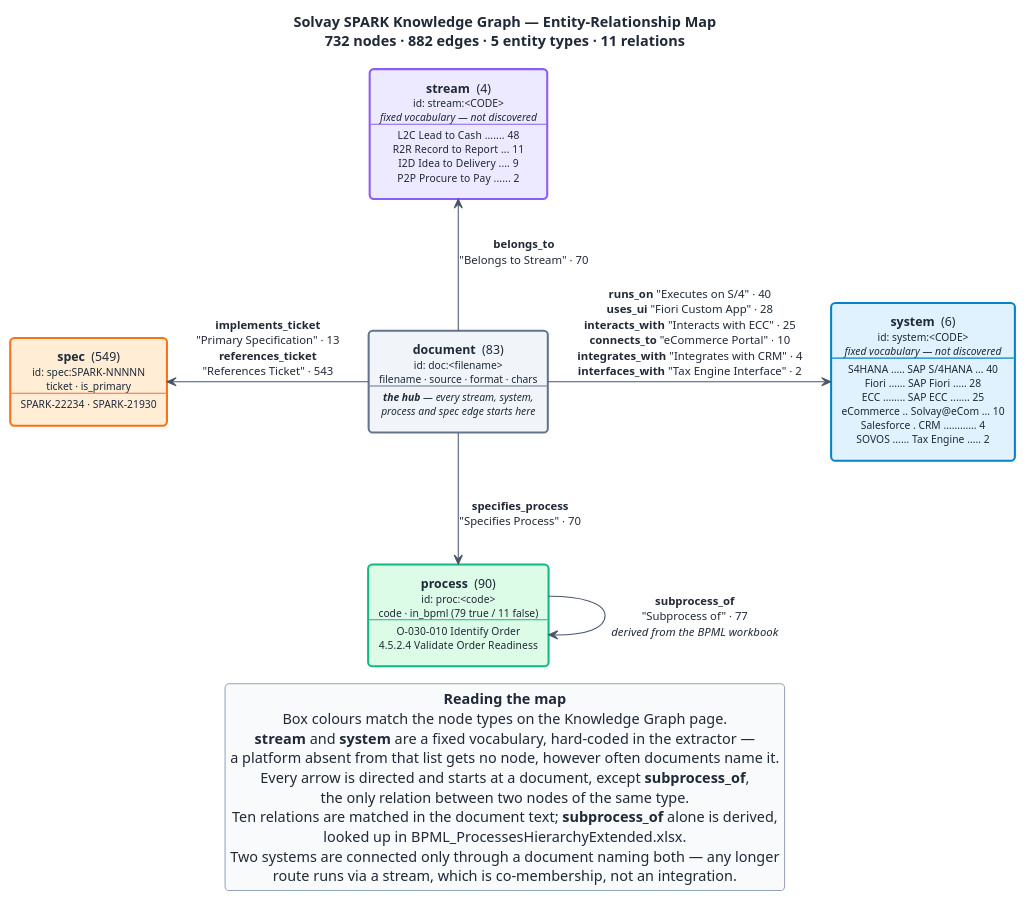
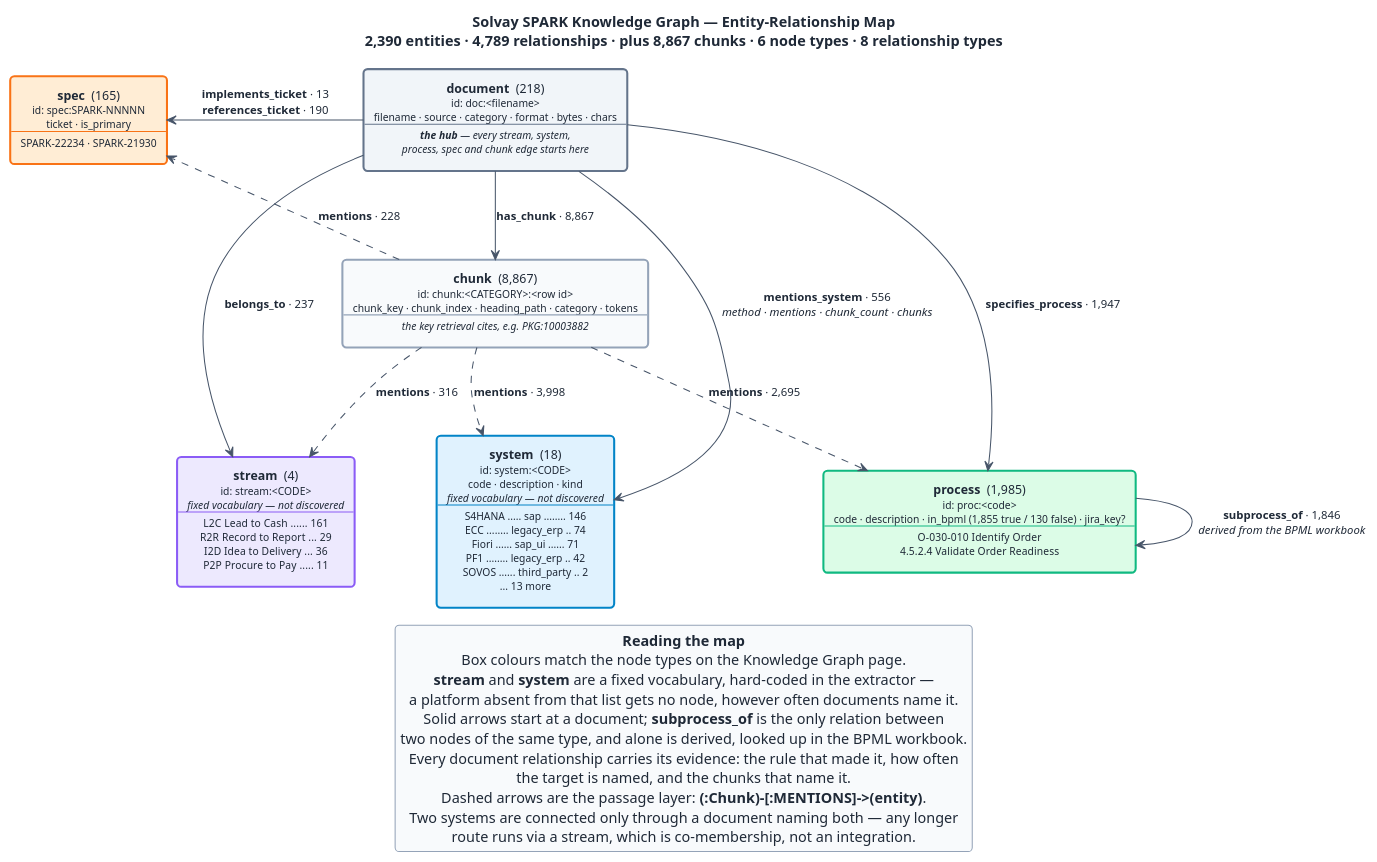
One commit to spalanivelu1989/docling-studio changed the diagram in docs/kg-entity-relationships.puml. Above: the diagram before and after it, drawn with PlantUML. The commit also changed 123 other files, not shown here.

```diff
--- a/docs/kg-entity-relationships.puml
+++ b/docs/kg-entity-relationships.puml
@@ -1,58 +1,67 @@
 @startuml kg-entity-relationships
-title Solvay SPARK Knowledge Graph — Entity–Relationship Map\n732 nodes · 882 edges · 5 entity types · 11 relations
+title Solvay SPARK Knowledge Graph — Entity–Relationship Map\n2,390 entities · 4,789 relationships · plus 8,867 chunks · 6 node types · 8 relationship types
 
 skinparam backgroundColor #FFFFFF
 skinparam defaultTextAlignment center
 skinparam defaultFontColor #1F2937
 skinparam shadowing false
 skinparam roundcorner 8
 skinparam nodesep 55
 skinparam ranksep 70
 skinparam ArrowColor #475569
 skinparam ArrowFontColor #1F2937
 skinparam ArrowFontSize 11
 skinparam rectangle {
   FontSize 12
   FontColor #1F2937
 }
 skinparam legend {
   BorderColor #94A3B8
   BackgroundColor #F8FAFC
   FontColor #1F2937
 }
 
 ' Fills are the type colours used in the Knowledge Graph page, lightened so all
 ' text stays dark on a pale ground; the border carries the full-strength colour.
 
 ' --- the fixed, hard-coded vocabulary -------------------------------------
-rectangle "<b>stream</b>  (4)\n<size:10>id: stream:<CODE></size>\n<size:10><i>fixed vocabulary — not discovered</i></size>\n--\n<size:10>L2C  Lead to Cash ....... 48</size>\n<size:10>R2R  Record to Report ... 11</size>\n<size:10>I2D  Idea to Delivery .... 9</size>\n<size:10>P2P  Procure to Pay ...... 2</size>" as STREAM #EDE9FE;line:8B5CF6;line.bold
+rectangle "<b>stream</b>  (4)\n<size:10>id: stream:<CODE></size>\n<size:10><i>fixed vocabulary — not discovered</i></size>\n--\n<size:10>L2C  Lead to Cash ...... 161</size>\n<size:10>R2R  Record to Report ... 29</size>\n<size:10>I2D  Idea to Delivery ... 36</size>\n<size:10>P2P  Procure to Pay ..... 11</size>" as STREAM #EDE9FE;line:8B5CF6;line.bold
 
-rectangle "<b>system</b>  (6)\n<size:10>id: system:<CODE></size>\n<size:10><i>fixed vocabulary — not discovered</i></size>\n--\n<size:10>S4HANA ..... SAP S/4HANA ... 40</size>\n<size:10>Fiori ...... SAP Fiori ..... 28</size>\n<size:10>ECC ........ SAP ECC ....... 25</size>\n<size:10>eCommerce .. Solvay@eCom ... 10</size>\n<size:10>Salesforce . CRM ............ 4</size>\n<size:10>SOVOS ...... Tax Engine ..... 2</size>" as SYSTEM #E0F2FE;line:0284C7;line.bold
+rectangle "<b>system</b>  (18)\n<size:10>id: system:<CODE></size>\n<size:10>code · description · kind</size>\n<size:10><i>fixed vocabulary — not discovered</i></size>\n--\n<size:10>S4HANA ..... sap ........ 146</size>\n<size:10>ECC ........ legacy_erp .. 74</size>\n<size:10>Fiori ...... sap_ui ...... 71</size>\n<size:10>PF1 ........ legacy_erp .. 42</size>\n<size:10>SOVOS ...... third_party .. 2</size>\n<size:10>... 13 more</size>" as SYSTEM #E0F2FE;line:0284C7;line.bold
 
 ' --- discovered from the corpus -------------------------------------------
-rectangle "<b>document</b>  (83)\n<size:10>id: doc:<filename></size>\n<size:10>filename · source · format · chars</size>\n--\n<size:10><i><b>the hub</b> — every stream, system,</i></size>\n<size:10><i>process and spec edge starts here</i></size>" as DOC #F1F5F9;line:64748B;line.bold
+rectangle "<b>document</b>  (218)\n<size:10>id: doc:<filename></size>\n<size:10>filename · source · category · format · bytes · chars</size>\n--\n<size:10><i><b>the hub</b> — every stream, system,</i></size>\n<size:10><i>process, spec and chunk edge starts here</i></size>" as DOC #F1F5F9;line:64748B;line.bold
 
-rectangle "<b>process</b>  (90)\n<size:10>id: proc:<code></size>\n<size:10>code · in_bpml (79 true / 11 false)</size>\n--\n<size:10>O-030-010  Identify Order</size>\n<size:10>4.5.2.4  Validate Order Readiness</size>" as PROC #DCFCE7;line:10B981;line.bold
+rectangle "<b>process</b>  (1,985)\n<size:10>id: proc:<code></size>\n<size:10>code · description · in_bpml (1,855 true / 130 false) · jira_key?</size>\n--\n<size:10>O-030-010  Identify Order</size>\n<size:10>4.5.2.4  Validate Order Readiness</size>" as PROC #DCFCE7;line:10B981;line.bold
 
-rectangle "<b>spec</b>  (549)\n<size:10>id: spec:SPARK-NNNNN</size>\n<size:10>ticket · is_primary</size>\n--\n<size:10>SPARK-22234 · SPARK-21930</size>" as SPEC #FFEDD5;line:F97316;line.bold
+rectangle "<b>spec</b>  (165)\n<size:10>id: spec:SPARK-NNNNN</size>\n<size:10>ticket · is_primary</size>\n--\n<size:10>SPARK-22234 · SPARK-21930</size>" as SPEC #FFEDD5;line:F97316;line.bold
 
-DOC -up-> STREAM : <b>belongs_to</b>\n"Belongs to Stream" · 70
-DOC -right-> SYSTEM : <b>runs_on</b> "Executes on S/4" · 40\n<b>uses_ui</b> "Fiori Custom App" · 28\n<b>interacts_with</b> "Interacts with ECC" · 25\n<b>connects_to</b> "eCommerce Portal" · 10\n<b>integrates_with</b> "Integrates with CRM" · 4\n<b>interfaces_with</b> "Tax Engine Interface" · 2
-DOC -down-> PROC : <b>specifies_process</b>\n"Specifies Process" · 70
-DOC -left-> SPEC : <b>implements_ticket</b>\n"Primary Specification" · 13\n<b>references_ticket</b>\n"References Ticket" · 543
-PROC -down-> PROC : <b>subprocess_of</b>\n"Subprocess of" · 77\n<i>derived from the BPML workbook</i>
+' --- the passage layer: chunks read from the retrieval index ---------------
+rectangle "<b>chunk</b>  (8,867)\n<size:10>id: chunk:<CATEGORY>:<row id></size>\n<size:10>chunk_key · chunk_index · heading_path · category · tokens</size>\n--\n<size:10><i>the key retrieval cites, e.g. PKG:10003882</i></size>" as CHUNK #F8FAFC;line:94A3B8;line.bold
+
+DOC -up-> STREAM : <b>belongs_to</b> · 237
+DOC -right-> SYSTEM : <b>mentions_system</b> · 556\n<i>method · mentions · chunk_count · chunks</i>
+DOC -down-> PROC : <b>specifies_process</b> · 1,947
+DOC -left-> SPEC : <b>implements_ticket</b> · 13\n<b>references_ticket</b> · 190
+PROC -down-> PROC : <b>subprocess_of</b> · 1,846\n<i>derived from the BPML workbook</i>
+DOC -down-> CHUNK : <b>has_chunk</b> · 8,867
+CHUNK ..> SYSTEM : <b>mentions</b> · 3,998
+CHUNK ..> PROC : <b>mentions</b> · 2,695
+CHUNK ..> STREAM : <b>mentions</b> · 316
+CHUNK ..> SPEC : <b>mentions</b> · 228
 
 legend bottom
   <b>Reading the map</b>
   Box colours match the node types on the Knowledge Graph page.
   <b>stream</b> and <b>system</b> are a fixed vocabulary, hard-coded in the extractor —
   a platform absent from that list gets no node, however often documents name it.
-  Every arrow is directed and starts at a document, except <b>subprocess_of</b>,
-  the only relation between two nodes of the same type.
-  Ten relations are matched in the document text; <b>subprocess_of</b> alone is derived,
-  looked up in BPML_ProcessesHierarchyExtended.xlsx.
+  Solid arrows start at a document; <b>subprocess_of</b> is the only relation between
+  two nodes of the same type, and alone is derived, looked up in the BPML workbook.
+  Every document relationship carries its evidence: the rule that made it, how often
+  the target is named, and the chunks that name it.
+  Dashed arrows are the passage layer: <b>(:Chunk)-[:MENTIONS]->(entity)</b>.
   Two systems are connected only through a document naming both — any longer
   route runs via a stream, which is co-membership, not an integration.
 end legend
 
 @enduml
```
